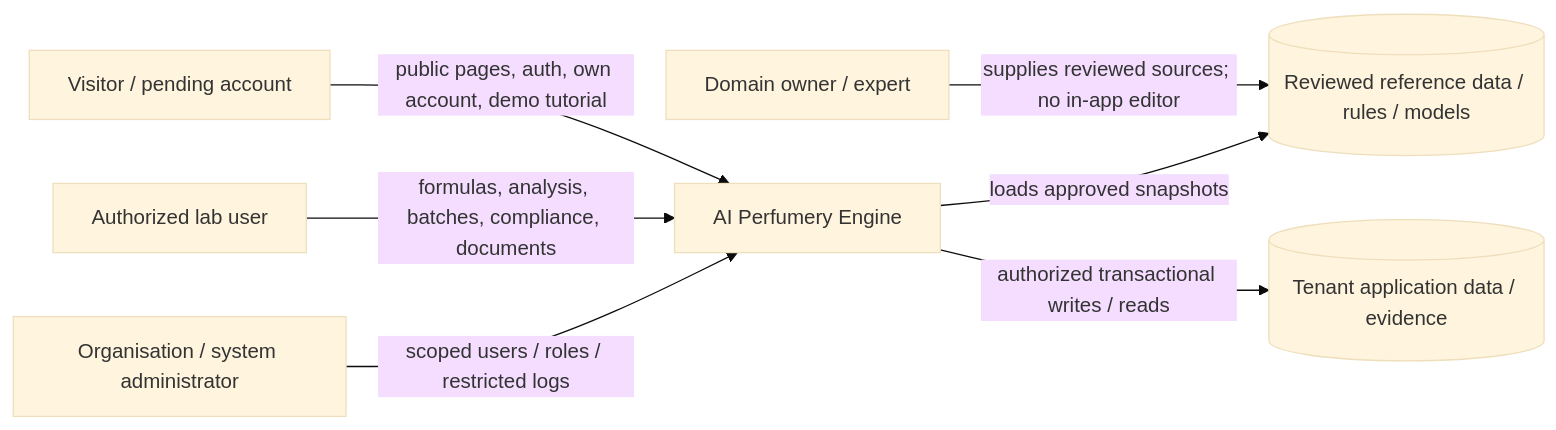
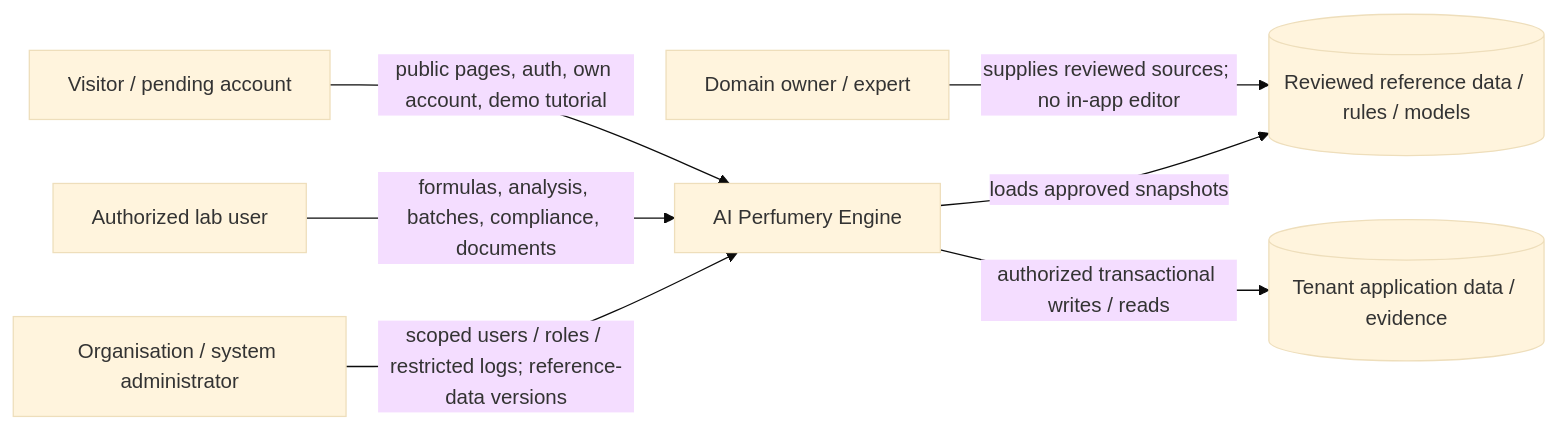
The first of 4 diagrams in .docs/02-design/diagrams.md (projectSE-1/fragform-proposal), drawn with Mermaid (base theme) before and after one commit. The commit also changed other lines of this file and 32 other files, not shown here.

````diff
--- a/.docs/02-design/diagrams.md
+++ b/.docs/02-design/diagrams.md
@@ -10,16 +10,16 @@
 ```mermaid
 flowchart LR
     PUBLIC[Visitor / pending account]
     LAB[Authorized lab user]
     ADMIN[Organisation / system administrator]
     EXPERT[Domain owner / expert]
     SYSTEM[AI Perfumery Engine]
     REFERENCE[(Reviewed reference data / rules / models)]
     STORE[(Tenant application data / evidence)]
     PUBLIC -->|public pages, auth, own account, demo tutorial| SYSTEM
     LAB -->|formulas, analysis, batches, compliance, documents| SYSTEM
-    ADMIN -->|scoped users / roles / restricted logs| SYSTEM
+    ADMIN -->|scoped users / roles / restricted logs; reference-data versions| SYSTEM
     EXPERT -->|supplies reviewed sources; no in-app editor| REFERENCE
     SYSTEM -->|loads approved snapshots| REFERENCE
     SYSTEM -->|authorized transactional writes / reads| STORE
 ```
````
